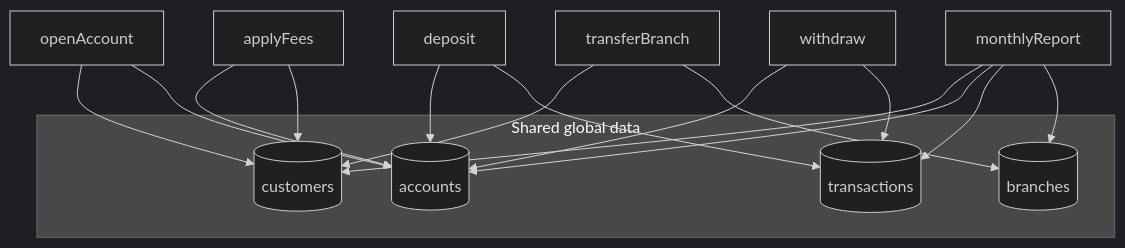
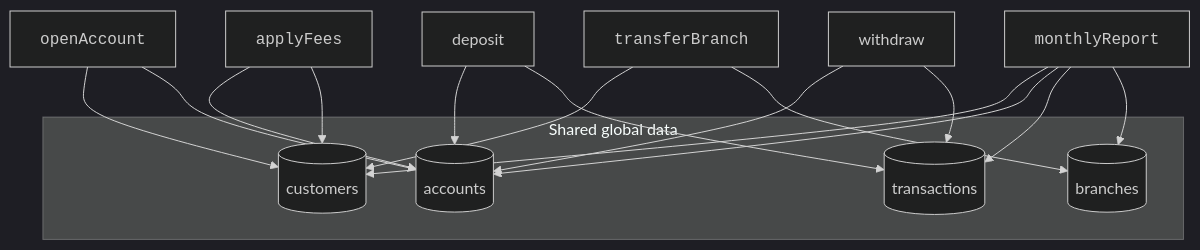
The second of 2 diagrams in content/learn/oop-blueprint-java/software-crisis.mdx (dataslope/dataslope), drawn with Mermaid (dark theme) before and after one commit. The commit also changed 153 other files, not shown here.

First line of the commit message:
Render code-only mermaid shapes in monospace; convert step sequences to Steps

````diff
--- a/content/learn/oop-blueprint-java/software-crisis.mdx
+++ b/content/learn/oop-blueprint-java/software-crisis.mdx
@@ -115,24 +115,24 @@
 ```mermaid
 flowchart TB
     subgraph Globals["Shared global data"]
         D1[(customers)]
         D2[(accounts)]
         D3[(transactions)]
         D4[(branches)]
     end
 
-    P1[openAccount] --> D1
+    P1["<code>openAccount</code>"] --> D1
     P1 --> D2
     P2[deposit] --> D2
     P2 --> D3
     P3[withdraw] --> D2
     P3 --> D3
-    P4[applyFees] --> D2
+    P4["<code>applyFees</code>"] --> D2
     P4 --> D1
-    P5[transferBranch] --> D1
+    P5["<code>transferBranch</code>"] --> D1
     P5 --> D4
-    P6[monthlyReport] --> D1
+    P6["<code>monthlyReport</code>"] --> D1
     P6 --> D2
     P6 --> D3
     P6 --> D4
 ```
````
